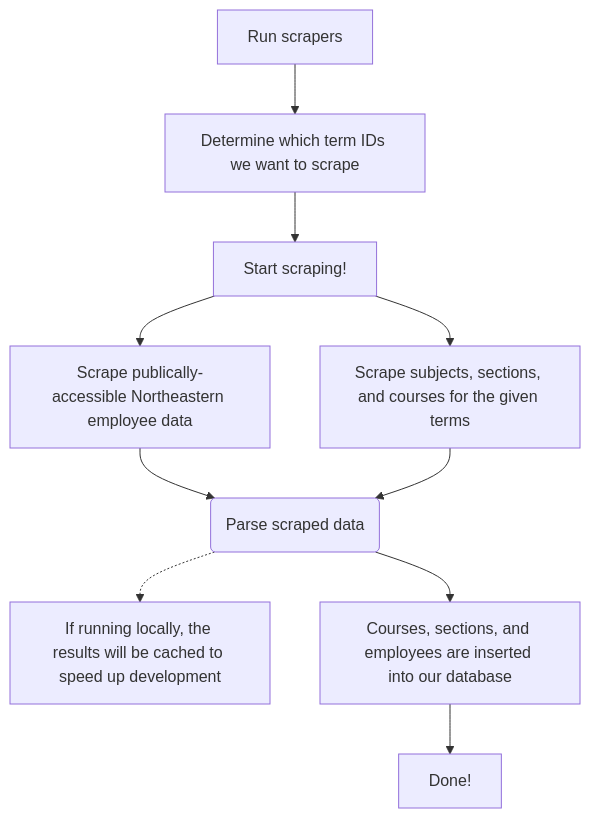
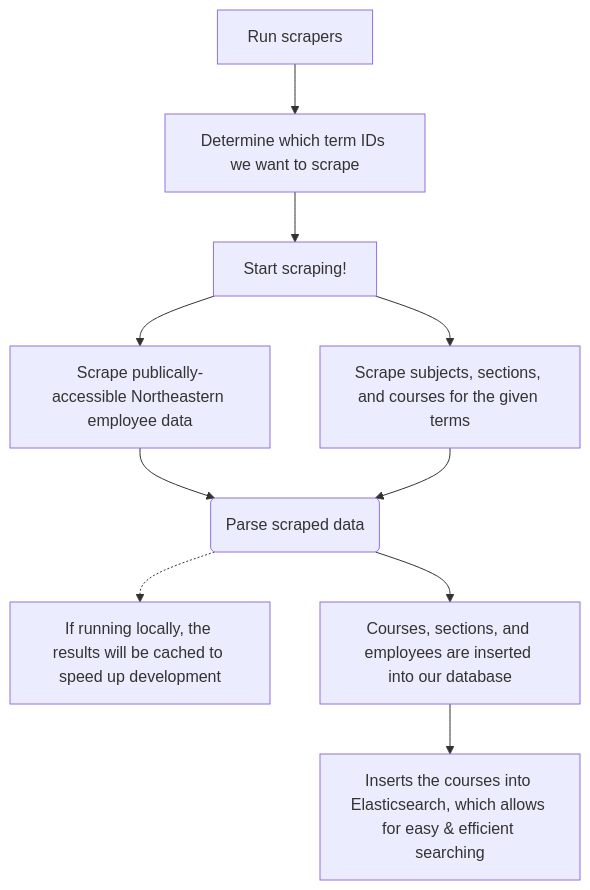
Before and after one commit to sandboxnu/course-catalog-api: the first of 2 diagrams in README.md, drawn with Mermaid. The commit also changed other lines of this file, not shown here.

````diff
--- a/README.md
+++ b/README.md
@@ -18,13 +18,13 @@
 ```mermaid
 flowchart TD
   A[Run scrapers] --> B[Determine which term IDs we want to scrape]
   B --> B2[Start scraping!]
   B2 --> C["Scrape publically-accessible Northeastern employee data"]
   B2 --> D[Scrape subjects, sections, and courses for the given terms]
   C --> E("Parse scraped data")
   D --> E
   E -.-> cache["If running locally, the results will be cached to speed up development"]
   E --> dump[Courses, sections, and employees are inserted into our database]
   dump --> DONE
-  DONE["Done!"]
+  DONE["Inserts the courses into Elasticsearch, which allows for easy & efficient searching"]
 ```
````
